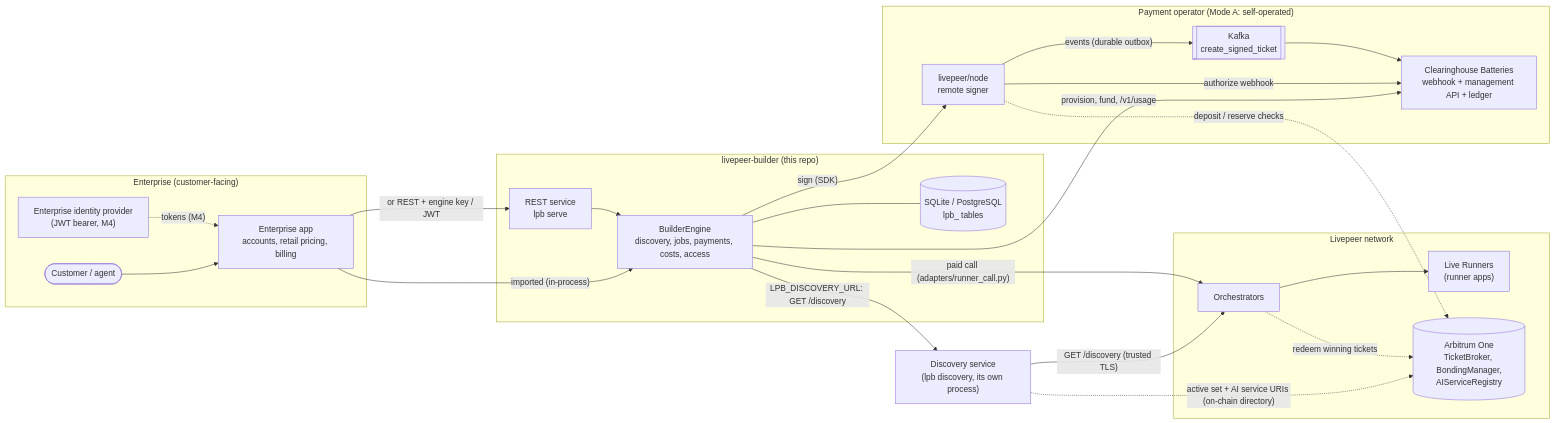
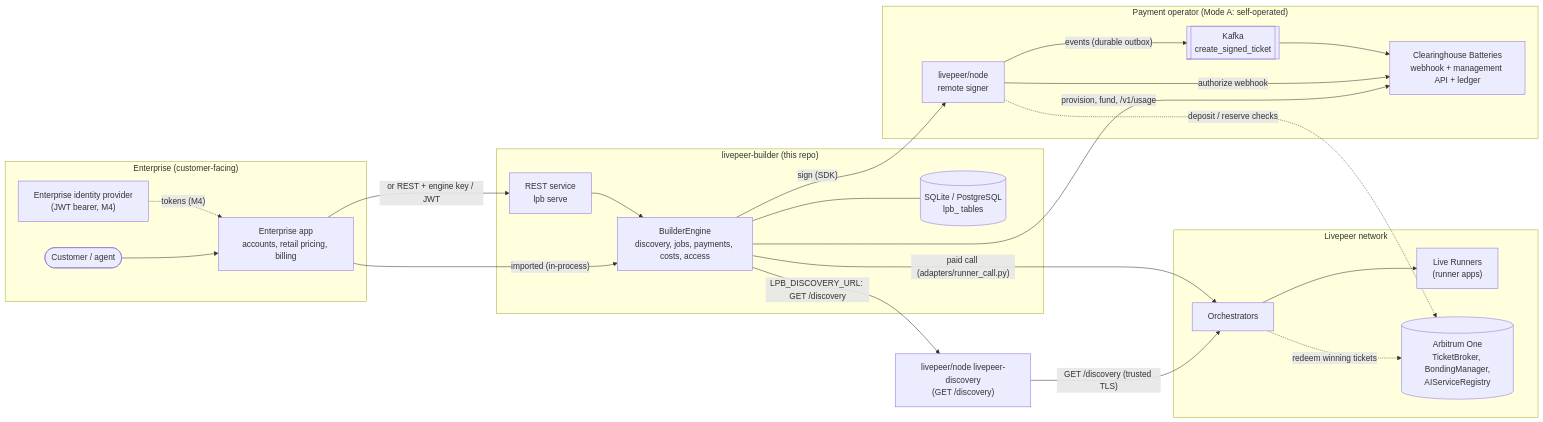
The first of 12 diagrams in docs/design-docs/architecture-diagrams.md (NE-Build-Track/livepeer-builder-core), drawn with Mermaid before and after one commit. The commit also changed 97 other files, not shown here.

First line of the commit message:
refactor(discovery)!: remove lpb discovery; the engine reads livepeer/node's /discovery contract (#96)

````diff
--- a/docs/design-docs/architecture-diagrams.md
+++ b/docs/design-docs/architecture-diagrams.md
@@ -16,39 +16,38 @@
 ```mermaid
 flowchart LR
     subgraph Enterprise["Enterprise (customer-facing)"]
         User(["Customer / agent"])
         App["Enterprise app<br/>accounts, retail pricing, billing"]
         IdP["Enterprise identity provider<br/>(JWT bearer, M4)"]
     end
     subgraph Engine["livepeer-builder (this repo)"]
         API["REST service<br/>lpb serve"]
         Core["BuilderEngine<br/>discovery, jobs, payments, costs, access"]
         DB[("SQLite / PostgreSQL<br/>lpb_ tables")]
     end
     subgraph Payments["Payment operator (Mode A: self-operated)"]
         Signer["livepeer/node<br/>remote signer"]
         Bat["Clearinghouse Batteries<br/>webhook + management API + ledger"]
         Kafka[["Kafka<br/>create_signed_ticket"]]
     end
     subgraph Network["Livepeer network"]
         Orch["Orchestrators"]
         Runner["Live Runners<br/>(runner apps)"]
         Chain[("Arbitrum One<br/>TicketBroker, BondingManager,<br/>AIServiceRegistry")]
     end
-    DiscSvc["Discovery service<br/>(lpb discovery, its own process)"]
+    DiscSvc["livepeer/node livepeer-discovery<br/>(GET /discovery)"]
     User --> App
     App -->|"imported (in-process)"| Core
     App -->|"or REST + engine key / JWT"| API --> Core
     IdP -.->|"tokens (M4)"| App
     Core --- DB
     Core -->|"sign (SDK)"| Signer
     Core -->|"LPB_DISCOVERY_URL: GET /discovery"| DiscSvc
     DiscSvc -->|"GET /discovery (trusted TLS)"| Orch
-    DiscSvc -.->|"active set + AI service URIs (on-chain directory)"| Chain
     Core -->|"provision, fund, /v1/usage"| Bat
     Core -->|"paid call (adapters/runner_call.py)"| Orch --> Runner
     Signer -->|"authorize webhook"| Bat
     Signer -->|"events (durable outbox)"| Kafka --> Bat
     Signer -.->|"deposit / reserve checks"| Chain
     Orch -.->|"redeem winning tickets"| Chain
 ```
````
